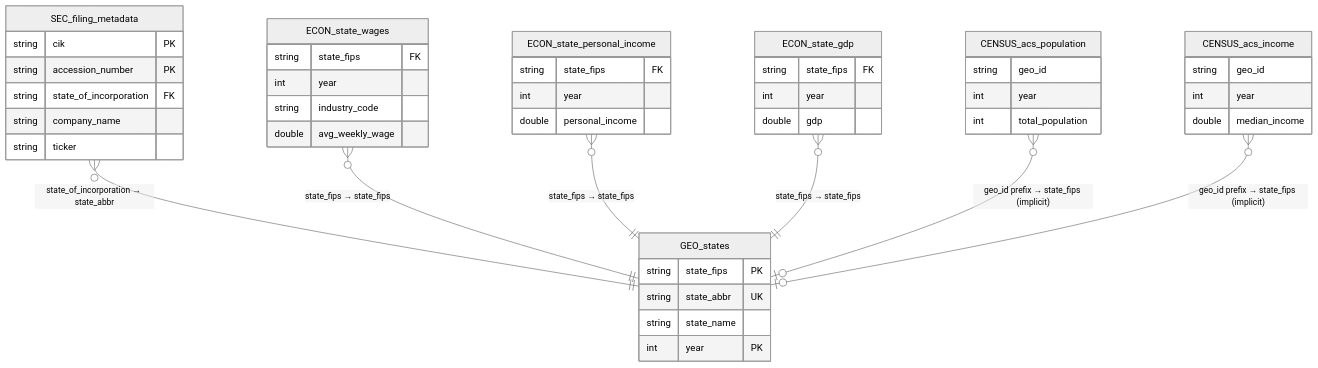
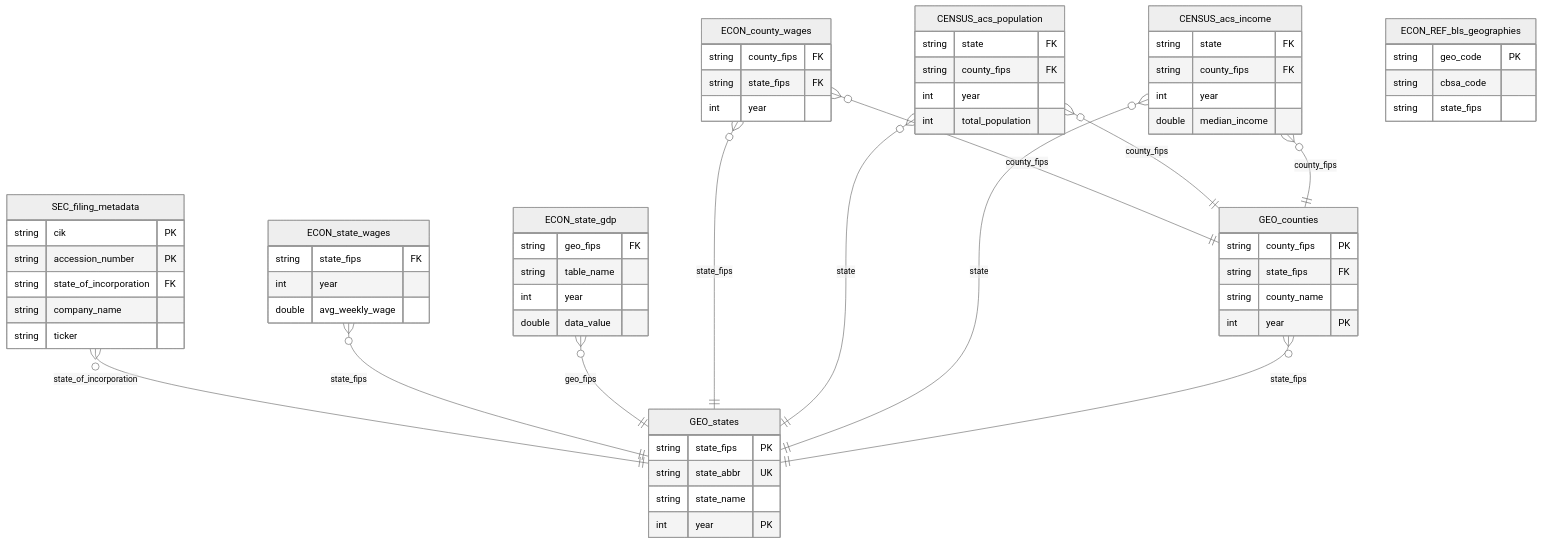
One commit to kenstott/calcite changed the first of 7 diagrams in govdata/docs/schemas/relationships.md. Above: the diagram before and after it, drawn with Mermaid (neutral theme). The commit also changed other lines of this file and 4 other files, not shown here.

First line of the commit message:
refactor(govdata): consolidate constraints to schema-level for all adapters

````diff
--- a/govdata/docs/schemas/relationships.md
+++ b/govdata/docs/schemas/relationships.md
@@ -19,62 +19,79 @@
 ```mermaid
 erDiagram
     %% ===================================
     %% CROSS-SCHEMA RELATIONSHIPS OVERVIEW
     %% ===================================
 
-    %% Key tables from each schema that have cross-schema FKs
+    GEO_states {
+        string state_fips PK
+        string state_abbr UK
+        string state_name
+        int year PK
+    }
+
+    GEO_counties {
+        string county_fips PK
+        string state_fips FK
+        string county_name
+        int year PK
+    }
 
     SEC_filing_metadata {
         string cik PK
         string accession_number PK
         string state_of_incorporation FK
         string company_name
         string ticker
     }
 
-    GEO_states {
-        string state_fips PK
-        string state_abbr UK
-        string state_name
-        int year PK
-    }
-
     ECON_state_wages {
         string state_fips FK
         int year
-        string industry_code
         double avg_weekly_wage
     }
 
-    ECON_state_personal_income {
+    ECON_state_gdp {
+        string geo_fips FK
+        string table_name
+        int year
+        double data_value
+    }
+
+    ECON_county_wages {
+        string county_fips FK
         string state_fips FK
         int year
-        double personal_income
-    }
-
-    ECON_state_gdp {
-        string state_fips FK
-        int year
-        double gdp
     }
 
     CENSUS_acs_population {
-        string geo_id
+        string state FK
+        string county_fips FK
         int year
         int total_population
     }
 
     CENSUS_acs_income {
-        string geo_id
+        string state FK
+        string county_fips FK
         int year
         double median_income
     }
 
+    ECON_REF_bls_geographies {
+        string geo_code PK
+        string cbsa_code
+        string state_fips
+    }
+
     %% Cross-schema relationships
-    SEC_filing_metadata }o--|| GEO_states : "state_of_incorporation → state_abbr"
-    ECON_state_wages }o--|| GEO_states : "state_fips → state_fips"
-    ECON_state_personal_income }o--|| GEO_states : "state_fips → state_fips"
-    ECON_state_gdp }o--|| GEO_states : "state_fips → state_fips"
-    CENSUS_acs_population }o--o| GEO_states : "geo_id prefix → state_fips (implicit)"
-    CENSUS_acs_income }o--o| GEO_states : "geo_id prefix → state_fips (implicit)"
+    SEC_filing_metadata }o--|| GEO_states : "state_of_incorporation"
+    ECON_state_wages }o--|| GEO_states : "state_fips"
+    ECON_state_gdp }o--|| GEO_states : "geo_fips"
+    ECON_county_wages }o--|| GEO_counties : "county_fips"
+    ECON_county_wages }o--|| GEO_states : "state_fips"
+    CENSUS_acs_population }o--|| GEO_states : "state"
+    CENSUS_acs_population }o--|| GEO_counties : "county_fips"
+    CENSUS_acs_income }o--|| GEO_states : "state"
+    CENSUS_acs_income }o--|| GEO_counties : "county_fips"
+    GEO_counties }o--|| GEO_states : "state_fips"
 ```
````
